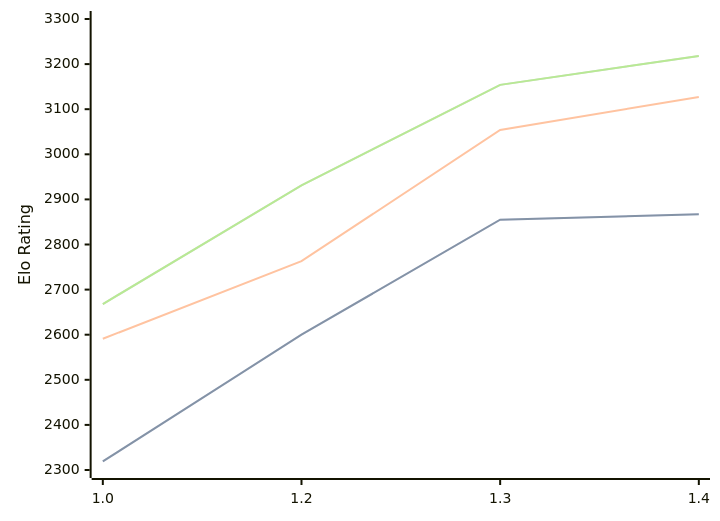
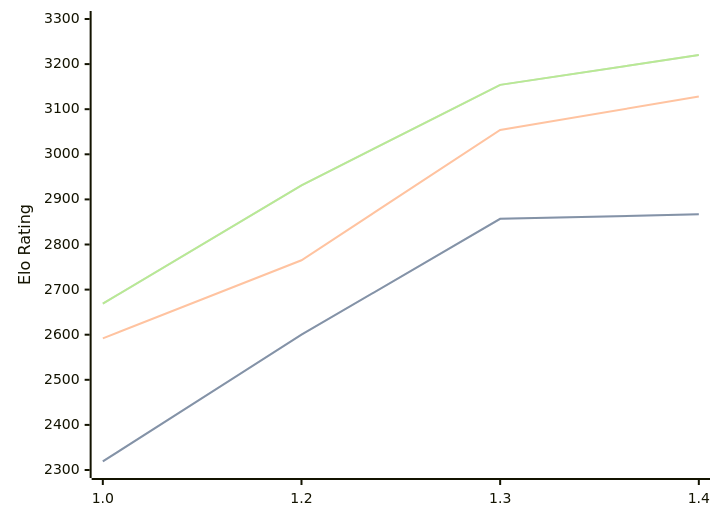
One commit to computer-chess-index/cci changed the diagram in engines/Chessnix.md. Above: the diagram before and after it, drawn with Mermaid. The commit also changed other lines of this file, not shown here.

Commit message:
Update CCI Ratings (ELO VLTC) - 2026-05-22

````diff
--- a/engines/Chessnix.md
+++ b/engines/Chessnix.md
@@ -36,11 +36,11 @@
 ```mermaid
 %%{init: {"theme":"base","themeVariables":{"seriesColors:['#a3a3a3','#222221','#faa371']}}}%%
 xychart-beta
   x-axis ["1.0", "1.2", "1.3", "1.4"]
   y-axis "Elo Rating" 2300 --> 3300
-  line "STC (8.0+0.08s)" [2319, 2600, 2855, 2867]
-  line "STC (8.0+0.08s)" [2319, 2600, 2855, 2867]
-  line "LTC (60.0+0.60s)" [2591, 2763, 3054, 3127]
-  line "VLTC (2m24s+1.12s)" [2668, 2931, 3154, 3218]
-  line "VLTC (2m24s+1.12s)" [2668, 2931, 3154, 3218]
+  line "STC (8.0+0.08s)" [2319, 2600, 2857, 2867]
+  line "STC (8.0+0.08s)" [2319, 2600, 2857, 2867]
+  line "LTC (60.0+0.60s)" [2592, 2765, 3054, 3128]
+  line "VLTC (2m24s+1.12s)" [2669, 2931, 3154, 3220]
+  line "VLTC (2m24s+1.12s)" [2669, 2931, 3154, 3220]
 ```
````
